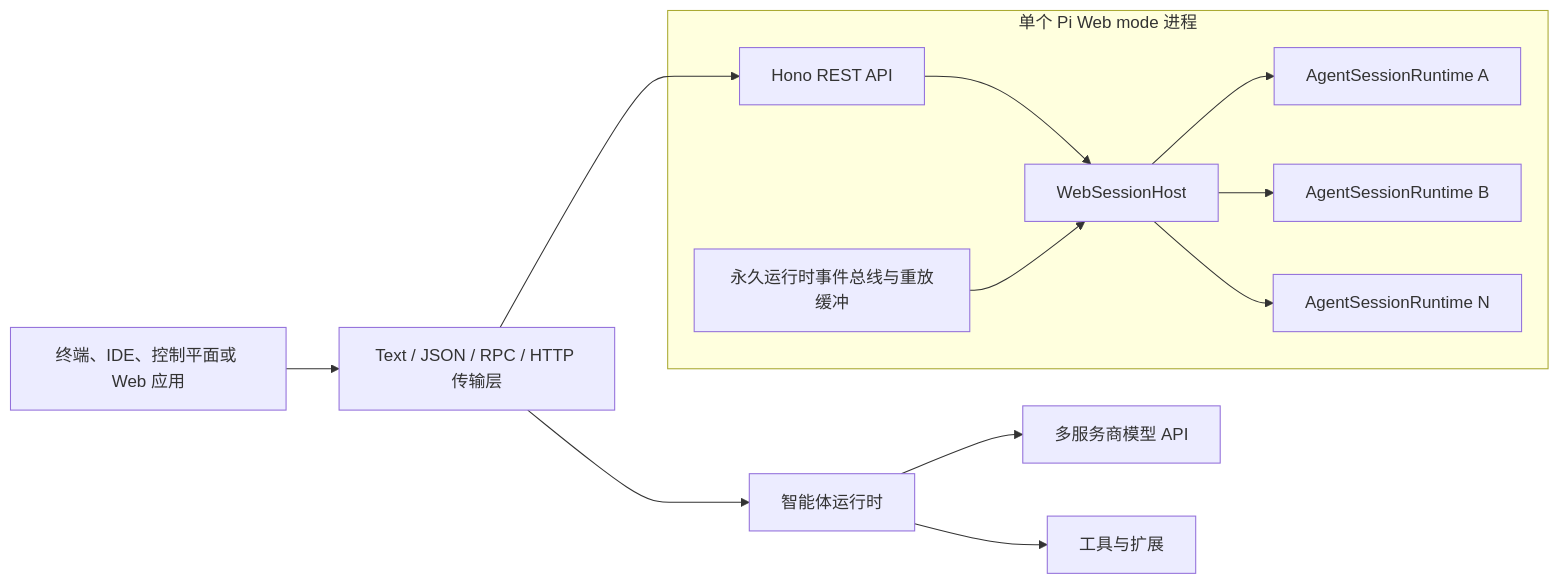
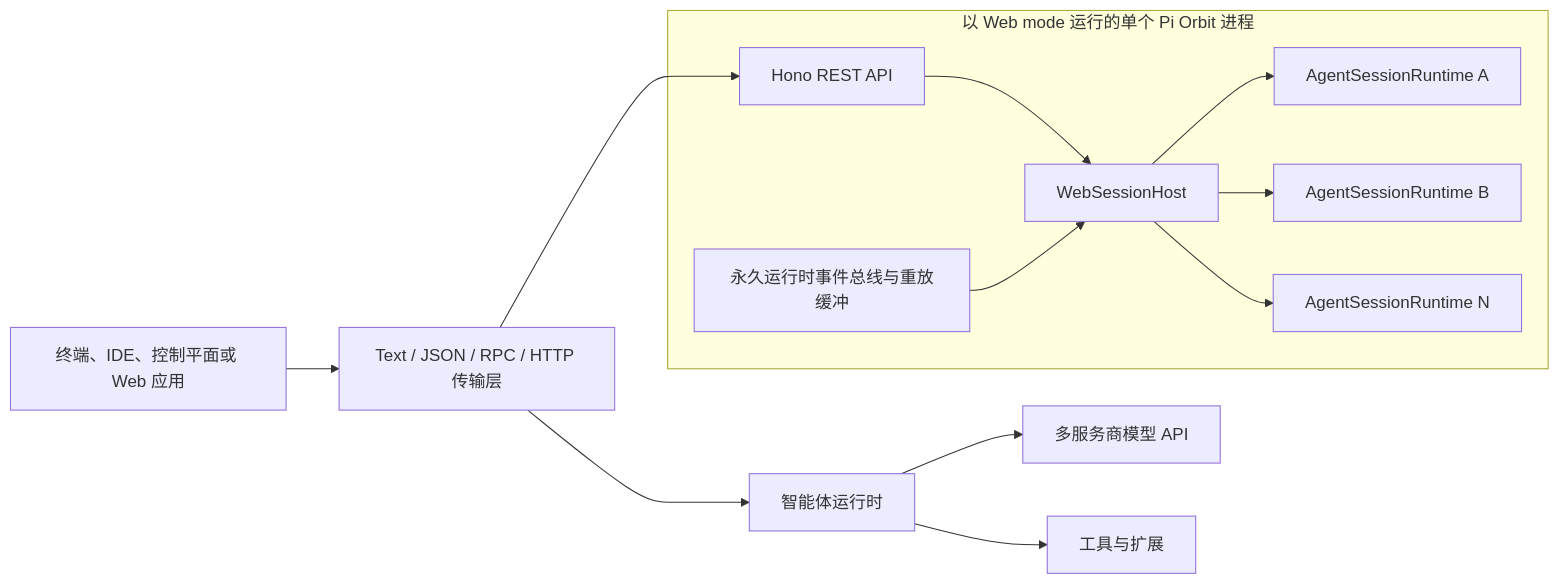
One commit to Garhorne0813/pi-orbit changed the diagram in README.zh-CN.md. Above: the diagram before and after it, drawn with Mermaid. The commit also changed other lines of this file and 18 other files, not shown here.

````diff
--- a/README.zh-CN.md
+++ b/README.zh-CN.md
@@ -268,23 +278,23 @@
 ```mermaid
 flowchart LR
     UI["终端、IDE、控制平面或 Web 应用"] --> T["Text / JSON / RPC / HTTP 传输层"]
     T --> CORE["智能体运行时"]
     CORE --> AI["多服务商模型 API"]
     CORE --> TOOLS["工具与扩展"]
 
-    subgraph WEB["单个 Pi Web mode 进程"]
+    subgraph WEB["以 Web mode 运行的单个 Pi Orbit 进程"]
         API["Hono REST API"]
         EVENTS["永久运行时事件总线与重放缓冲"]
         HOST["WebSessionHost"]
         S1["AgentSessionRuntime A"]
         S2["AgentSessionRuntime B"]
         SN["AgentSessionRuntime N"]
         API --> HOST
         EVENTS --> HOST
         HOST --> S1
         HOST --> S2
         HOST --> SN
     end
 
     T --> API
 ```
````
